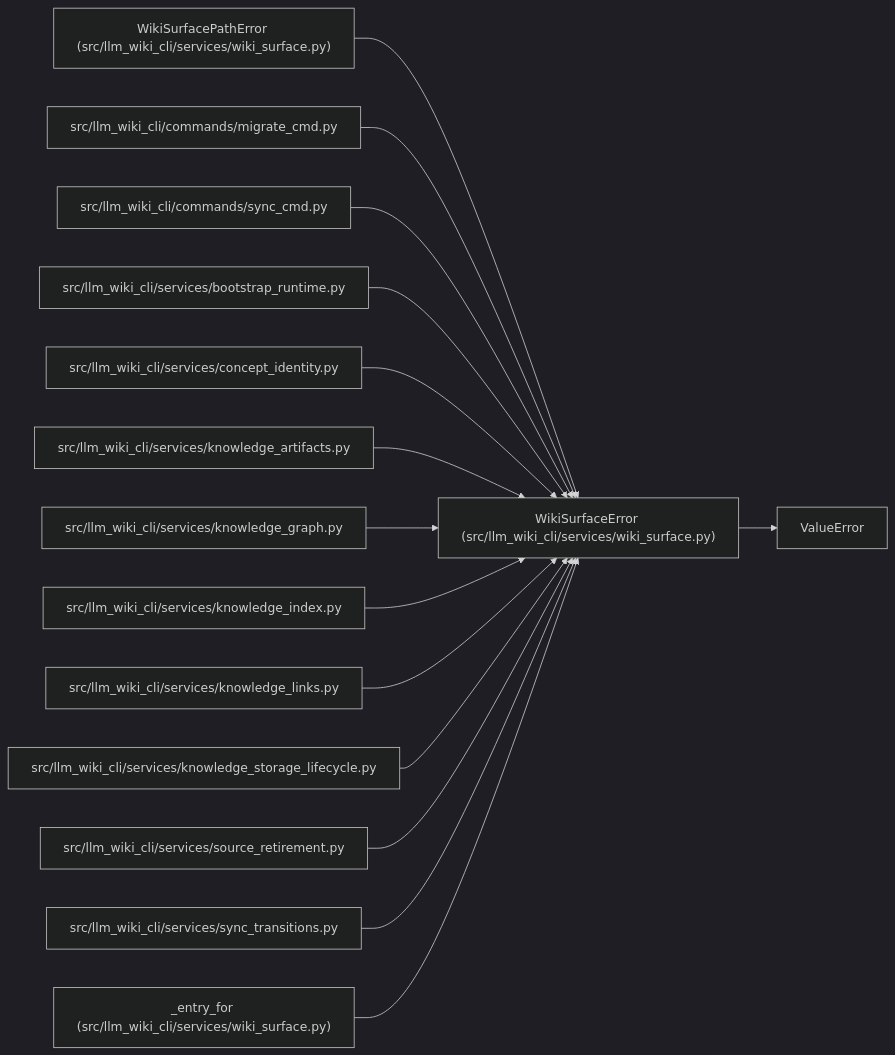
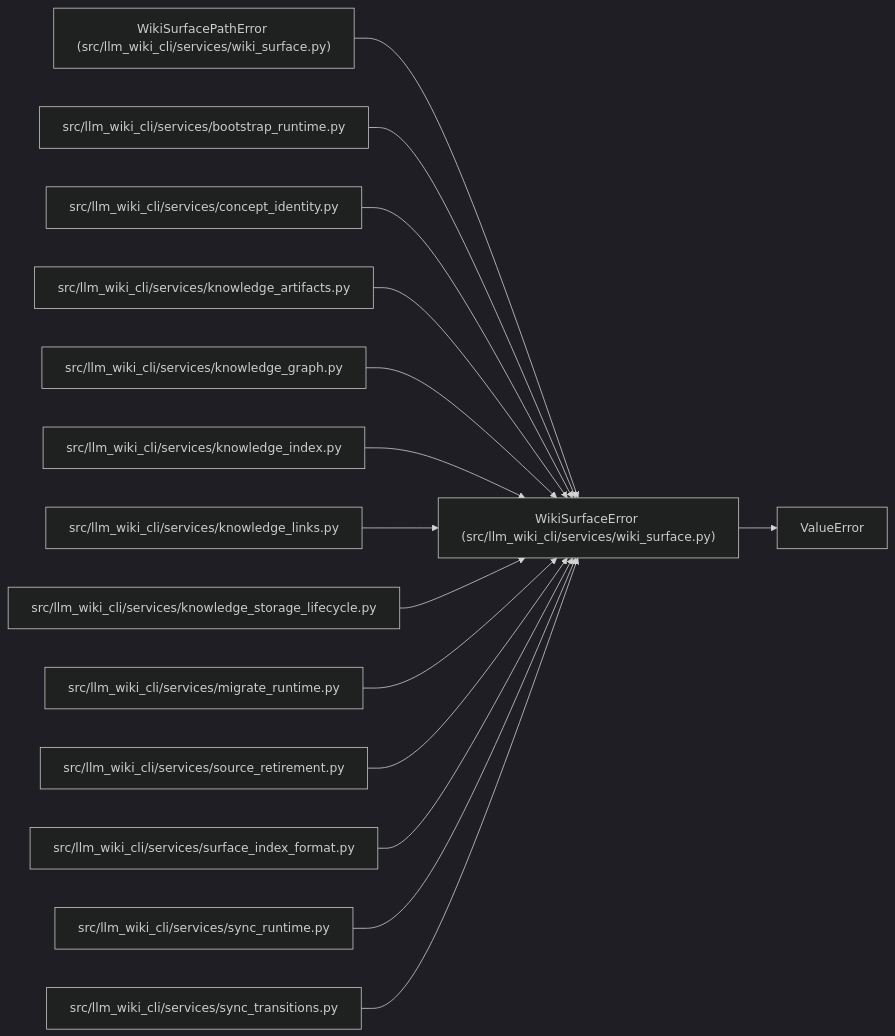
One commit to Denissvgn/python-wiki-llm changed the diagram in docs/llm_wiki/entities/WikiSurfaceError.md. Above: the diagram before and after it, drawn with Mermaid (dark theme). The commit also changed other lines of this file and 1555 other files, not shown here.

````diff
--- a/docs/llm_wiki/entities/WikiSurfaceError.md
+++ b/docs/llm_wiki/entities/WikiSurfaceError.md
@@ -23,46 +23,46 @@
 ```mermaid
 flowchart LR
     n0["WikiSurfaceError (src/llm_wiki_cli/services/wiki_surface.py)"]
     n1["ValueError"]
     n2["WikiSurfacePathError (src/llm_wiki_cli/services/wiki_surface.py)"]
-    n3["src/llm_wiki_cli/commands/migrate_cmd.py"]
-    n4["src/llm_wiki_cli/commands/sync_cmd.py"]
-    n5["src/llm_wiki_cli/services/bootstrap_runtime.py"]
-    n6["src/llm_wiki_cli/services/concept_identity.py"]
-    n7["src/llm_wiki_cli/services/knowledge_artifacts.py"]
-    n8["src/llm_wiki_cli/services/knowledge_graph.py"]
-    n9["src/llm_wiki_cli/services/knowledge_index.py"]
-    n10["src/llm_wiki_cli/services/knowledge_links.py"]
-    n11["src/llm_wiki_cli/services/knowledge_storage_lifecycle.py"]
-    n12["src/llm_wiki_cli/services/source_retirement.py"]
-    n13["src/llm_wiki_cli/services/sync_transitions.py"]
-    n14["_entry_for (src/llm_wiki_cli/services/wiki_surface.py)"]
+    n3["src/llm_wiki_cli/services/bootstrap_runtime.py"]
+    n4["src/llm_wiki_cli/services/concept_identity.py"]
+    n5["src/llm_wiki_cli/services/knowledge_artifacts.py"]
+    n6["src/llm_wiki_cli/services/knowledge_graph.py"]
+    n7["src/llm_wiki_cli/services/knowledge_index.py"]
+    n8["src/llm_wiki_cli/services/knowledge_links.py"]
+    n9["src/llm_wiki_cli/services/knowledge_storage_lifecycle.py"]
+    n10["src/llm_wiki_cli/services/migrate_runtime.py"]
+    n11["src/llm_wiki_cli/services/source_retirement.py"]
+    n12["src/llm_wiki_cli/services/surface_index_format.py"]
+    n13["src/llm_wiki_cli/services/sync_runtime.py"]
+    n14["src/llm_wiki_cli/services/sync_transitions.py"]
     n0 --> n1
     n2 --> n0
     n3 --> n0
     n4 --> n0
     n5 --> n0
     n6 --> n0
     n7 --> n0
     n8 --> n0
     n9 --> n0
     n10 --> n0
     n11 --> n0
     n12 --> n0
     n13 --> n0
     n14 --> n0
     click n0 "../modules/wiki_surface.md"
     click n2 "../modules/wiki_surface.md"
-    click n3 "../modules/migrate_cmd.md"
-    click n4 "../modules/sync_cmd.md"
-    click n5 "../modules/bootstrap_runtime.md"
-    click n6 "../modules/concept_identity.md"
-    click n7 "../modules/knowledge_artifacts.md"
-    click n8 "../modules/knowledge_graph.md"
-    click n9 "../modules/knowledge_index.md"
-    click n10 "../modules/knowledge_links.md"
-    click n11 "../modules/knowledge_storage_lifecycle.md"
-    click n12 "../modules/source_retirement.md"
-    click n13 "../modules/sync_transitions.md"
-    click n14 "../modules/wiki_surface.md"
+    click n3 "../modules/bootstrap_runtime.md"
+    click n4 "../modules/concept_identity.md"
+    click n5 "../modules/knowledge_artifacts.md"
+    click n6 "../modules/knowledge_graph.md"
+    click n7 "../modules/knowledge_index.md"
+    click n8 "../modules/knowledge_links.md"
+    click n9 "../modules/knowledge_storage_lifecycle.md"
+    click n10 "../modules/migrate_runtime.md"
+    click n11 "../modules/source_retirement.md"
+    click n12 "../modules/surface_index_format.md"
+    click n13 "../modules/sync_runtime.md"
+    click n14 "../modules/sync_transitions.md"
 ```
````
